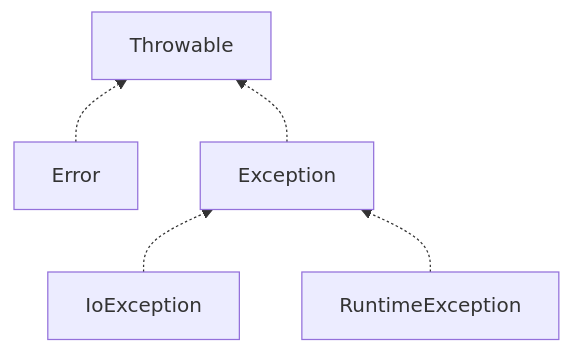
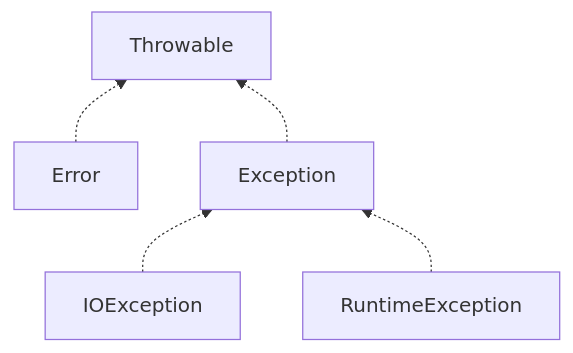
The diagram in source/_posts/java-exception-and-assert.md (zylyye/zylyye.github.io), drawn with Mermaid before and after one commit.

Commit message:
fix: 修复大小写错误

````diff
--- a/source/_posts/java-exception-and-assert.md
+++ b/source/_posts/java-exception-and-assert.md
@@ -18,7 +18,7 @@
 ```mermaid
 graph BT
 	Error -.-> Throwable
 	Exception -.-> Throwable
-	IoException -.-> Exception
+	IOException -.-> Exception
 	RuntimeException -.-> Exception
 ```
````
